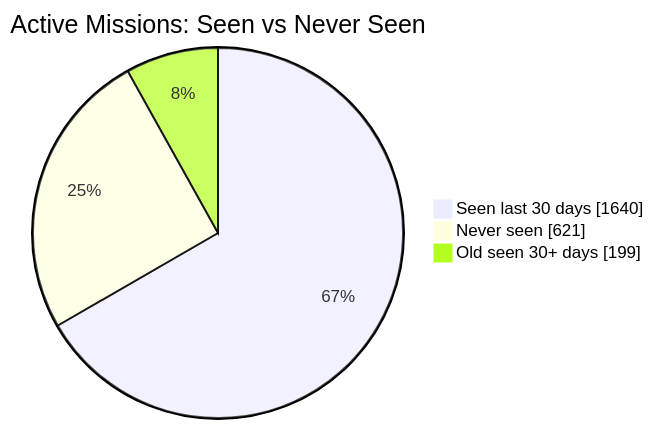
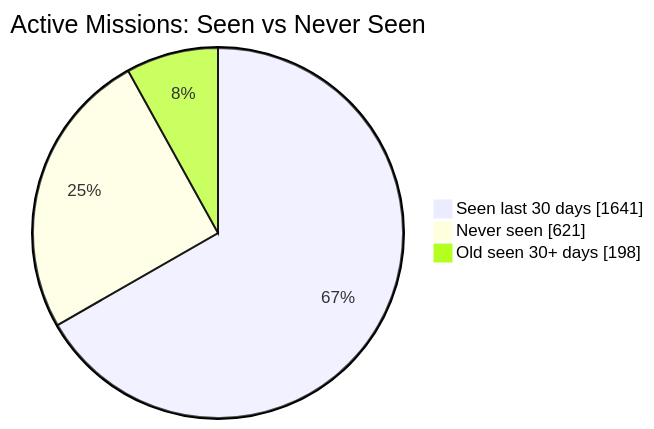
Before and after one commit to MeldkamerspelGameTeam/active-missions: the first of 2 diagrams in README.md, drawn with Mermaid. The commit also changed other lines of this file and 2 other files, not shown here.

````diff
--- a/README.md
+++ b/README.md
@@ -34,7 +34,7 @@
 ```mermaid
 pie showData
     title Active Missions: Seen vs Never Seen
-    "Seen last 30 days" : 1640
+    "Seen last 30 days" : 1641
     "Never seen" : 621
-    "Old seen 30+ days" : 199
+    "Old seen 30+ days" : 198
 ```
````
